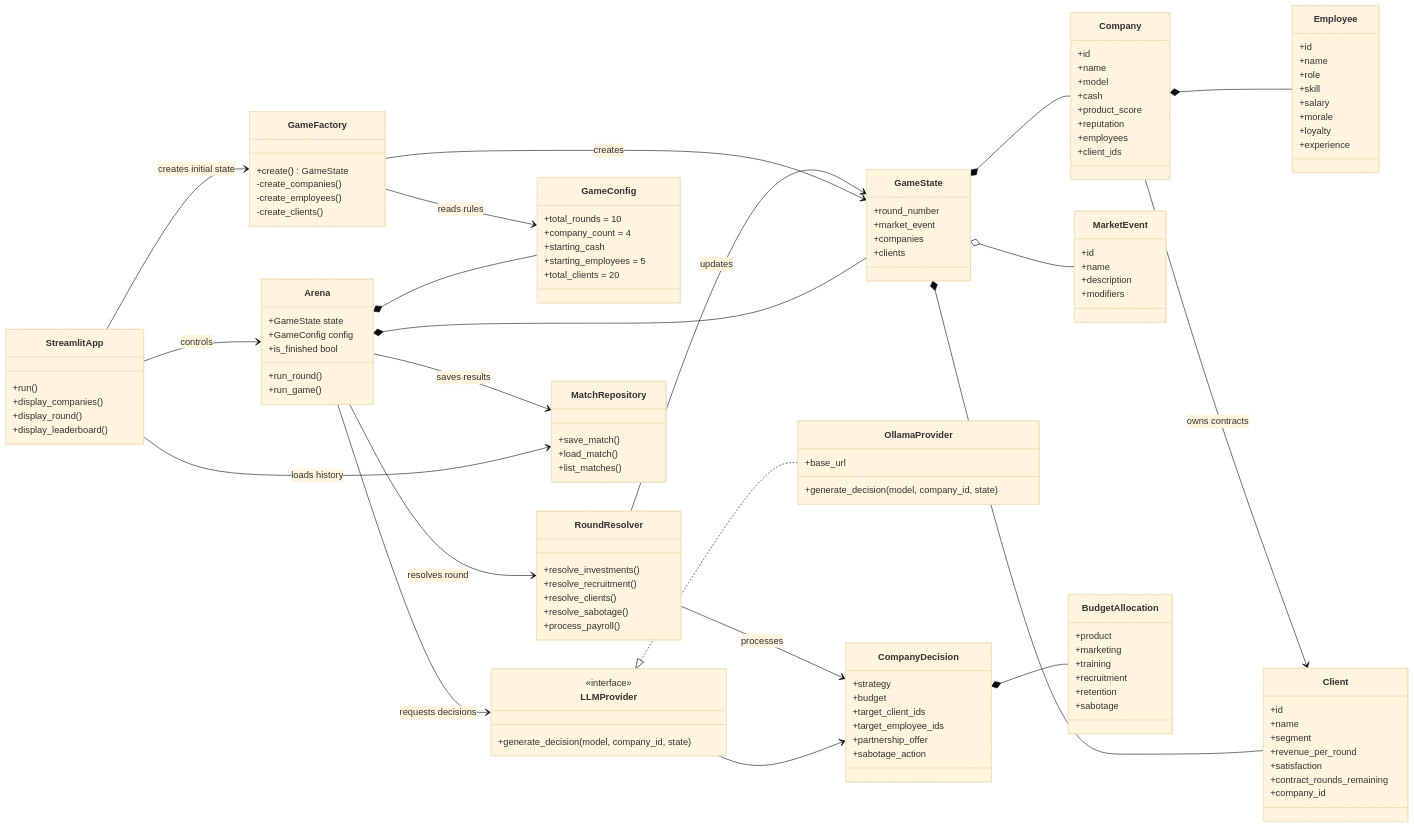
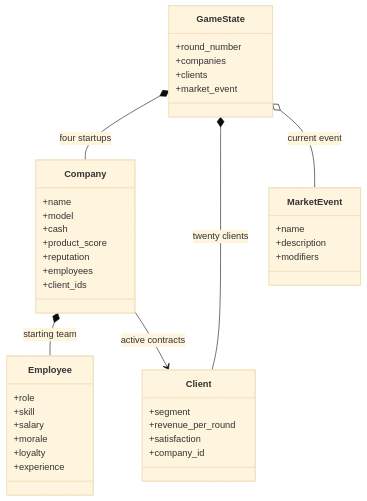
One commit to atugurlan/llm-startup-arena changed the second of 2 diagrams in README.md. Above: the diagram before and after it, drawn with Mermaid (base theme). The commit also changed other lines of this file and 4 other files, not shown here.

Commit message:
Add game session and round controls

````diff
--- a/README.md
+++ b/README.md
@@ -73,54 +125,15 @@
 ```mermaid
 classDiagram
-    direction LR
-
-    class StreamlitApp {
-        +run()
-        +display_companies()
-        +display_round()
-        +display_leaderboard()
-    }
-
-    class Arena {
-        +GameState state
-        +GameConfig config
-        +run_round()
-        +run_game()
-        +is_finished bool
-    }
-
-    class GameFactory {
-        +create() GameState
-        -create_companies()
-        -create_employees()
-        -create_clients()
-    }
-
-    class RoundResolver {
-        +resolve_investments()
-        +resolve_recruitment()
-        +resolve_clients()
-        +resolve_sabotage()
-        +process_payroll()
-    }
-
-    class GameConfig {
-        +total_rounds = 10
-        +company_count = 4
-        +starting_cash
-        +starting_employees = 5
-        +total_clients = 20
-    }
+    direction TB
 
     class GameState {
         +round_number
-        +market_event
         +companies
         +clients
+        +market_event
     }
 
     class Company {
-        +id
         +name
         +model
         +cash
@@ -131,8 +144,6 @@
     }
 
     class Employee {
-        +id
-        +name
         +role
         +skill
         +salary
@@ -142,80 +153,21 @@
     }
 
     class Client {
-        +id
-        +name
         +segment
         +revenue_per_round
         +satisfaction
-        +contract_rounds_remaining
         +company_id
     }
 
     class MarketEvent {
-        +id
         +name
         +description
         +modifiers
     }
 
-    class LLMProvider {
-        <<interface>>
-        +generate_decision(model, company_id, state)
-    }
-
-    class OllamaProvider {
-        +base_url
-        +generate_decision(model, company_id, state)
-    }
-
-    class CompanyDecision {
-        +strategy
-        +budget
-        +target_client_ids
-        +target_employee_ids
-        +partnership_offer
-        +sabotage_action
-    }
-
-    class BudgetAllocation {
-        +product
-        +marketing
-        +training
-        +recruitment
-        +retention
-        +sabotage
-    }
-
-    class MatchRepository {
-        +save_match()
-        +load_match()
-        +list_matches()
-    }
-
-    StreamlitApp --> Arena : controls
-    StreamlitApp --> GameFactory : creates initial state
-    StreamlitApp --> MatchRepository : loads history
-
-    Arena *-- GameConfig
-    Arena *-- GameState
-    Arena --> LLMProvider : requests decisions
-    Arena --> RoundResolver : resolves round
-    Arena --> MatchRepository : saves results
-
-    GameFactory --> GameConfig : reads rules
-    GameFactory --> GameState : creates
-
-    GameState *-- Company
-    GameState *-- Client
-    GameState o-- MarketEvent
-
-    Company *-- Employee
-    Company --> Client : owns contracts
-
-    LLMProvider <|.. OllamaProvider
-    LLMProvider --> CompanyDecision
-    CompanyDecision *-- BudgetAllocation
-
-    RoundResolver --> GameState : updates
-    RoundResolver --> CompanyDecision : processes
+    GameState *-- Company : four startups
+    GameState *-- Client : twenty clients
+    GameState o-- MarketEvent : current event
+    Company *-- Employee : starting team
+    Company --> Client : active contracts
 ```
````
